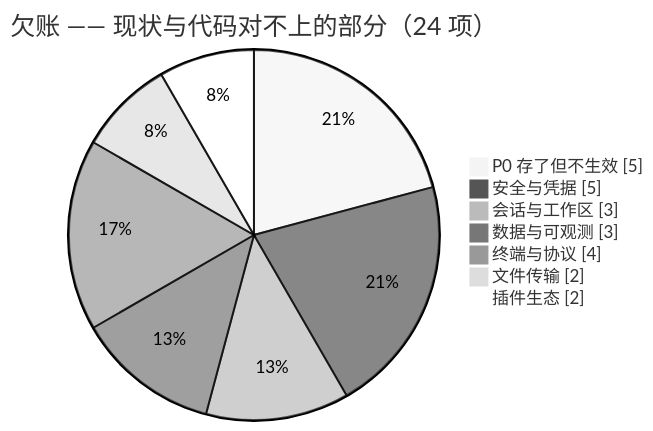
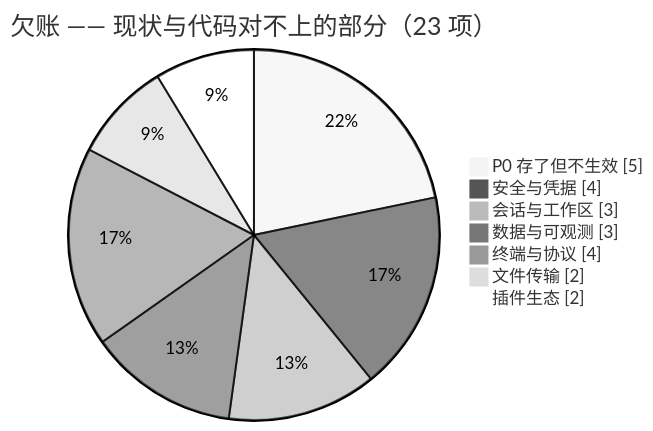
Before and after one commit to joesdu/VelaShell: the first of 2 diagrams in feature-plan.md, drawn with Mermaid (neutral theme). The commit also changed other lines of this file and 17 other files, not shown here.

````diff
--- a/feature-plan.md
+++ b/feature-plan.md
@@ -39,11 +39,11 @@
 ```mermaid
 pie showData
-    title 欠账 —— 现状与代码对不上的部分（24 项）
+    title 欠账 —— 现状与代码对不上的部分（23 项）
     "P0 存了但不生效" : 5
-    "安全与凭据" : 5
+    "安全与凭据" : 4
     "会话与工作区" : 3
     "数据与可观测" : 3
     "终端与协议" : 4
     "文件传输" : 2
     "插件生态" : 2
 ```
````
